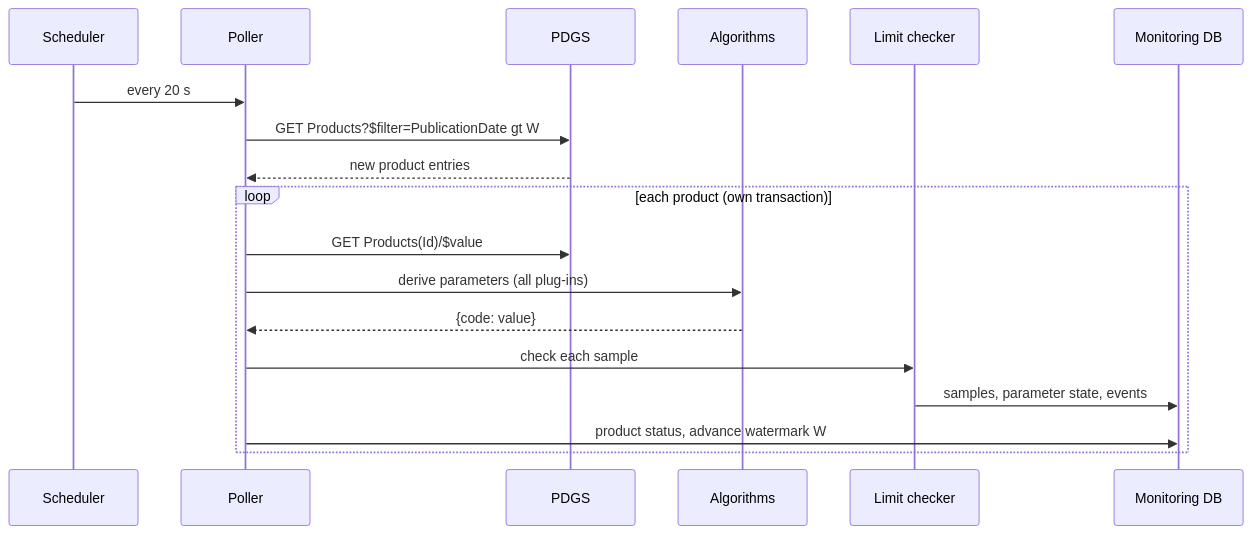
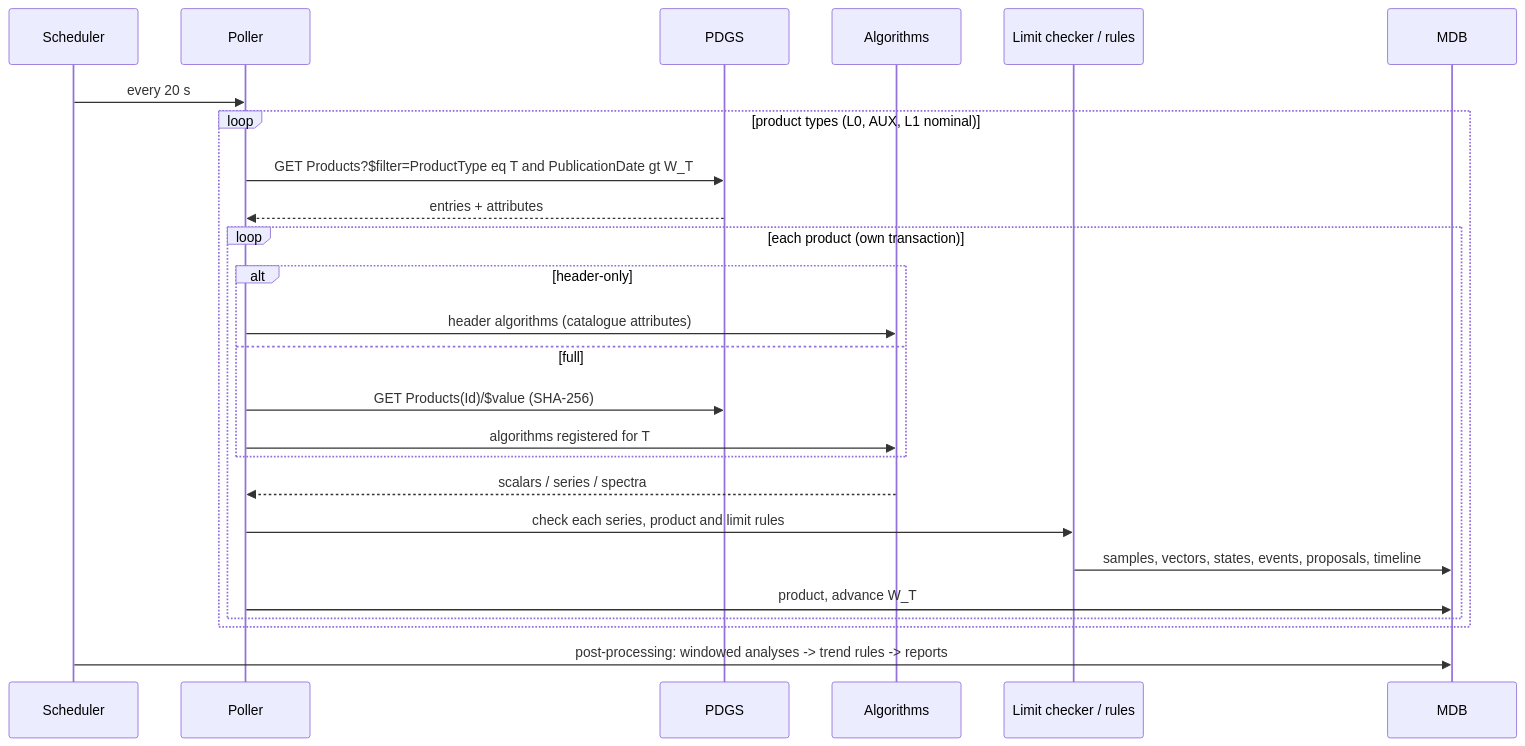
Before and after one commit to Sneakerx/fts-monitoring-demo: the third of 4 diagrams in docs/architecture.md, drawn with Mermaid. The commit also changed other lines of this file and 67 other files, not shown here.

First line of the commit message:
Implement feature requests: new inputs, MDB extensions and events E1-E6

````diff
--- a/docs/architecture.md
+++ b/docs/architecture.md
@@ -74,20 +91,27 @@
 ```mermaid
 sequenceDiagram
   participant S as Scheduler
   participant P as Poller
   participant G as PDGS
   participant A as Algorithms
-  participant L as Limit checker
-  participant D as Monitoring DB
+  participant L as Limit checker / rules
+  participant D as MDB
   S->>P: every 20 s
-  P->>G: GET Products?$filter=PublicationDate gt W
-  G-->>P: new product entries
-  loop each product (own transaction)
-    P->>G: GET Products(Id)/$value
-    P->>A: derive parameters (all plug-ins)
-    A-->>P: {code: value}
-    P->>L: check each sample
-    L->>D: samples, parameter state, events
-    P->>D: product status, advance watermark W
+  loop product types (L0, AUX, L1 nominal)
+    P->>G: GET Products?$filter=ProductType eq T and PublicationDate gt W_T
+    G-->>P: entries + attributes
+    loop each product (own transaction)
+      alt header-only
+        P->>A: header algorithms (catalogue attributes)
+      else full
+        P->>G: GET Products(Id)/$value (SHA-256)
+        P->>A: algorithms registered for T
+      end
+      A-->>P: scalars / series / spectra
+      P->>L: check each series, product and limit rules
+      L->>D: samples, vectors, states, events, proposals, timeline
+      P->>D: product, advance W_T
+    end
   end
+  S->>D: post-processing: windowed analyses -> trend rules -> reports
 ```
````
